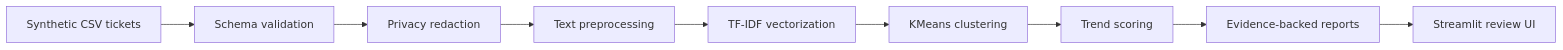
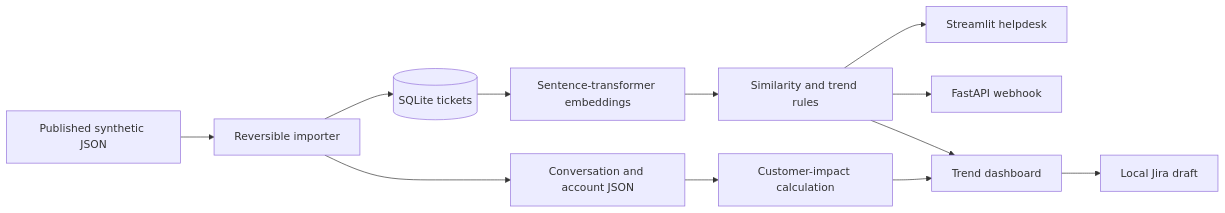
The diagram in docs/architecture.md (Yufereva/ai-support-trends-detection), drawn with Mermaid before and after one commit. The commit also changed other lines of this file and 60 other files, not shown here.

First line of the commit message:
Replace offline MVP pipeline with live Trend Detection (Zendesk to dashboard to Jira).

````diff
--- a/docs/architecture.md
+++ b/docs/architecture.md
@@ -9,11 +7,14 @@
 ```mermaid
 flowchart LR
-    A["Synthetic CSV tickets"] --> B["Schema validation"]
-    B --> C["Privacy redaction"]
-    C --> D["Text preprocessing"]
-    D --> E["TF-IDF vectorization"]
-    E --> F["KMeans clustering"]
-    F --> G["Trend scoring"]
-    G --> H["Evidence-backed reports"]
-    H --> I["Streamlit review UI"]
+    A[Published synthetic JSON] --> B[Reversible importer]
+    B --> C[(SQLite tickets)]
+    B --> D[Conversation and account JSON]
+    C --> E[Sentence-transformer embeddings]
+    E --> F[Similarity and trend rules]
+    D --> G[Customer-impact calculation]
+    F --> H[Streamlit helpdesk]
+    F --> I[FastAPI webhook]
+    F --> J[Trend dashboard]
+    G --> J
+    J --> K[Local Jira draft]
 ```
````
